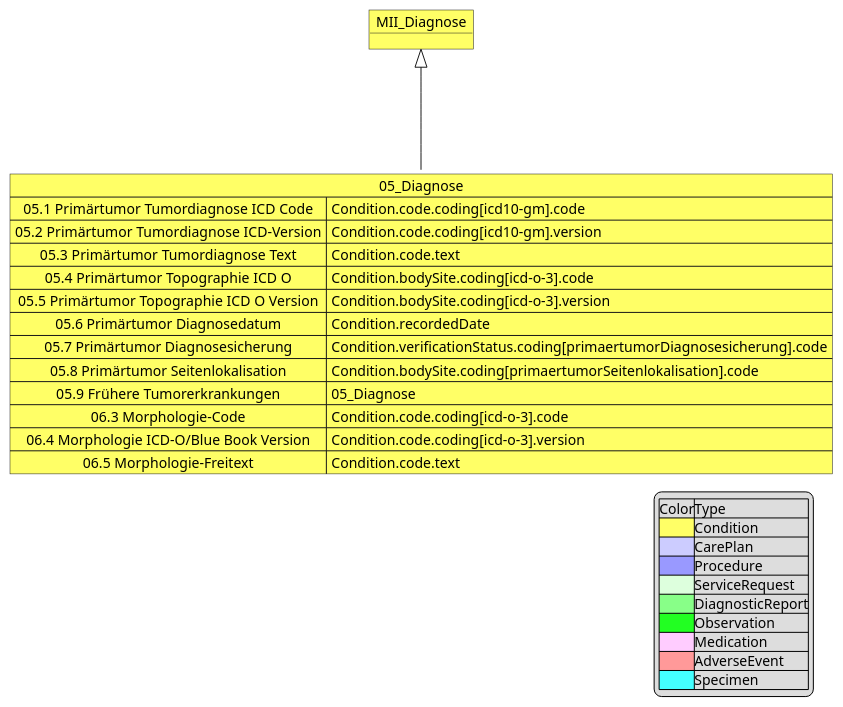
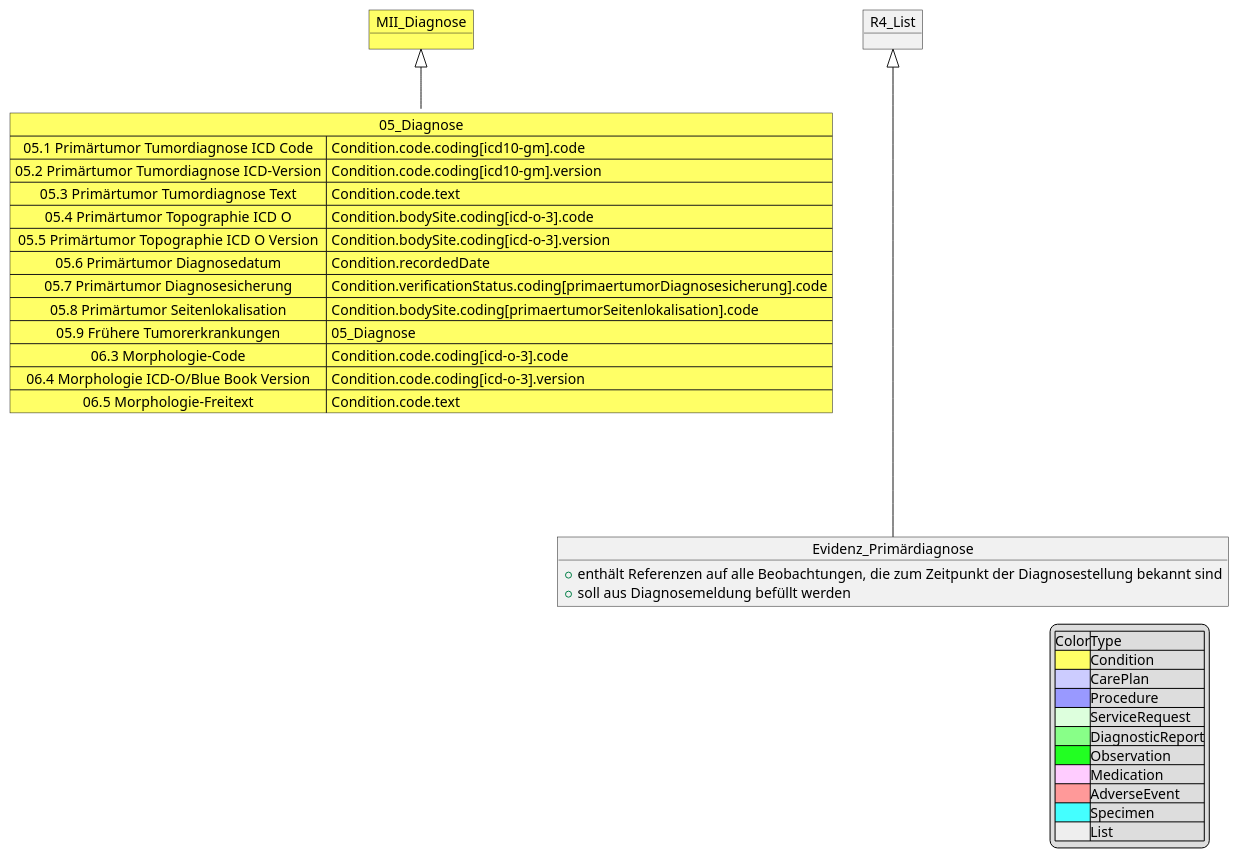
One commit to medizininformatik-initiative/kerndatensatzmodul-onkologie changed the diagram in information_model/MII_Onko_05_Diagnosis.pu. Above: the diagram before and after it, drawn with PlantUML. The commit also changed 31 other files, not shown here.

```diff
--- a/information_model/MII_Onko_05_Diagnosis.pu
+++ b/information_model/MII_Onko_05_Diagnosis.pu
@@ -1,35 +1,42 @@
 @startuml MII_Onko_05_Diagnosis
 object MII_Diagnose #FFFF66
 Map 05_Diagnose #FFFF66 {
  05.1 Primärtumor Tumordiagnose ICD Code => Condition.code.coding[icd10-gm].code
  05.2 Primärtumor Tumordiagnose ICD-Version => Condition.code.coding[icd10-gm].version
  05.3 Primärtumor Tumordiagnose Text => Condition.code.text
  05.4 Primärtumor Topographie ICD O => Condition.bodySite.coding[icd-o-3].code
  05.5 Primärtumor Topographie ICD O Version => Condition.bodySite.coding[icd-o-3].version
  05.6 Primärtumor Diagnosedatum => Condition.recordedDate
  05.7 Primärtumor Diagnosesicherung => Condition.verificationStatus.coding[primaertumorDiagnosesicherung].code
  05.8 Primärtumor Seitenlokalisation => Condition.bodySite.coding[primaertumorSeitenlokalisation].code
  05.9 Frühere Tumorerkrankungen => 05_Diagnose
  06.3 Morphologie-Code => Condition.code.coding[icd-o-3].code
  06.4 Morphologie ICD-O/Blue Book Version => Condition.code.coding[icd-o-3].version
  06.5 Morphologie-Freitext => Condition.code.text
 } 
 
-MII_Diagnose <|-down-- 05_Diagnose
+MII_Diagnose <|-down- 05_Diagnose
+object R4_List
+object Evidenz_Primärdiagnose {
+    + enthält Referenzen auf alle Beobachtungen, die zum Zeitpunkt der Diagnosestellung bekannt sind
+    + soll aus Diagnosemeldung befüllt werden
+}
+R4_List <|---- Evidenz_Primärdiagnose
 
 legend right 
 |Color|Type|
 |<#FFFF66>|Condition|
 |<#CCCCFF>|CarePlan|
 |<#9999FF>|Procedure|
 |<#DDFFDD>|ServiceRequest|
 |<#88FF88>|DiagnosticReport|
 |<#22FF22>|Observation|
 |<#FFCCFF>|Medication|
 |<#FF9999>|AdverseEvent|
 |<#44FFFF>|Specimen|
+|<#EEEEEE>|List|
 endlegend
 
 
 
 @enduml
```
